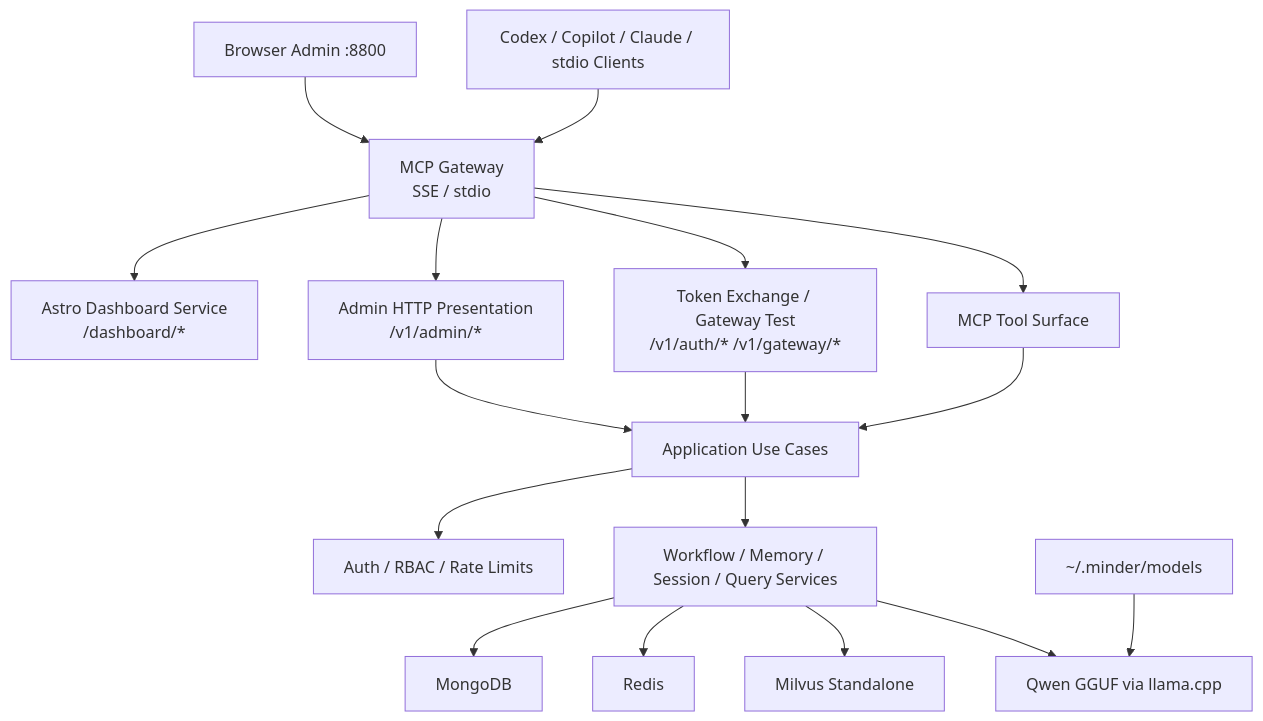
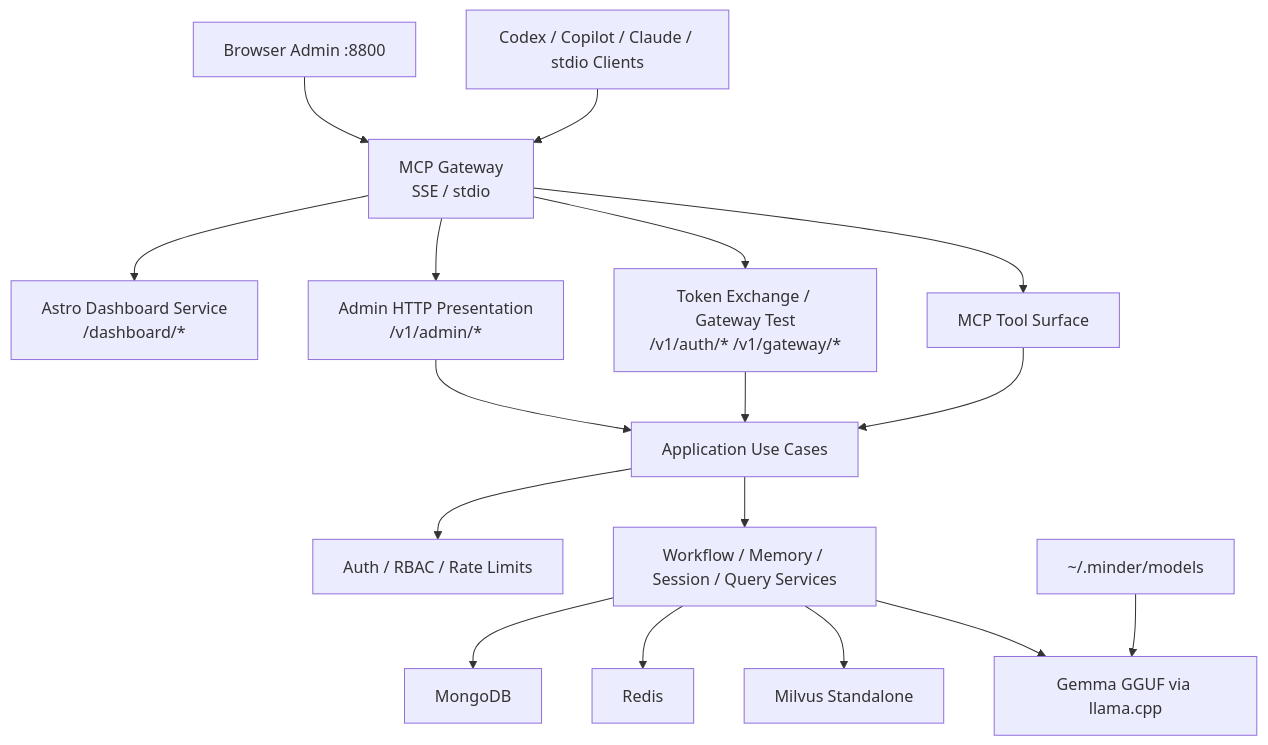
One commit to hiimtrung/minder changed the first of 7 diagrams in docs/system-design.md. Above: the diagram before and after it, drawn with Mermaid. The commit also changed 39 other files, not shown here.

````diff
--- a/docs/system-design.md
+++ b/docs/system-design.md
@@ -29,23 +29,23 @@
 ```mermaid
 flowchart TB
   Browser["Browser Admin :8800"] --> Gateway["Gateway Proxy"]
     MCP["Codex / Copilot / Claude / stdio Clients"] --> Gateway["MCP Gateway<br/>SSE / stdio"]
 
   Gateway --> Dashboard["Astro Dashboard Service<br/>/dashboard/*"]
   Gateway --> AdminHTTP["Admin HTTP Presentation<br/>/v1/admin/*"]
   Gateway --> TokenHTTP["Token Exchange / Gateway Test<br/>/v1/auth/* /v1/gateway/*"]
     Gateway --> ToolSurface["MCP Tool Surface"]
 
     AdminHTTP --> UseCases["Application Use Cases"]
     TokenHTTP --> UseCases
     ToolSurface --> UseCases
 
     UseCases --> Auth["Auth / RBAC / Rate Limits"]
     UseCases --> Workflow["Workflow / Memory / Session / Query Services"]
 
     Workflow --> Mongo["MongoDB"]
     Workflow --> Redis["Redis"]
     Workflow --> Milvus["Milvus Standalone"]
-    Workflow --> LLM["Qwen GGUF via llama.cpp"]
+    Workflow --> LLM["Gemma GGUF via llama.cpp"]
     Models["~/.minder/models"] --> LLM
 ```
````
